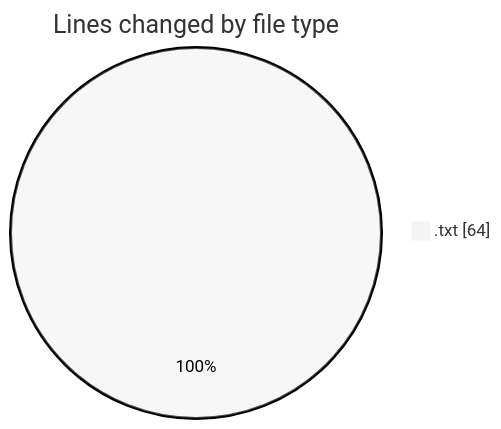
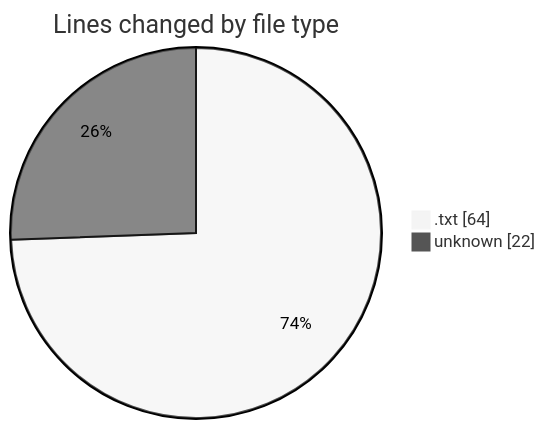
The first of 2 diagrams in 2025-07-13/dockerdjango/README.md (Ritupan-Deka/code-tracking), drawn with Mermaid (neutral theme) before and after one commit. The commit also changed other lines of this file and 1 other file, not shown here.

````diff
--- a/2025-07-13/dockerdjango/README.md
+++ b/2025-07-13/dockerdjango/README.md
@@ -20,5 +21,6 @@
 ```mermaid
 pie showData
 title Lines changed by file type
 ".txt" : 64
+"unknown" : 22
 ```
````
